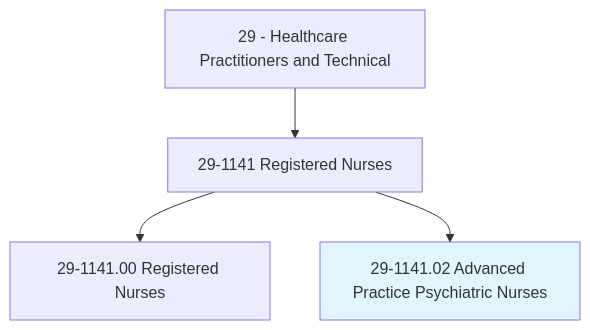
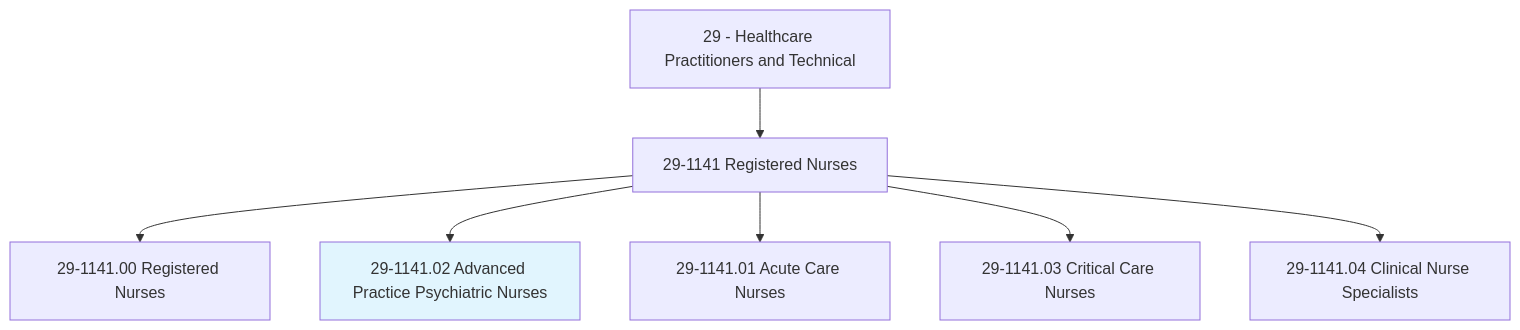
One commit to kziemski/business.org.ai changed the first of 4 diagrams in occupations/HealthcarePractitioners/AdvancedPracticePsychiatricNurses.mdx. Above: the diagram before and after it, drawn with Mermaid. The commit also changed other lines of this file and 938 other files, not shown here.

````diff
--- a/occupations/HealthcarePractitioners/AdvancedPracticePsychiatricNurses.mdx
+++ b/occupations/HealthcarePractitioners/AdvancedPracticePsychiatricNurses.mdx
@@ -19,7 +23,10 @@
 ```mermaid
 graph TD
     Cat29["29 - Healthcare Practitioners and Technical"] --> Group291141["29-1141 Registered Nurses"]
     Group291141 --> Base["29-1141.00 Registered Nurses"]
     Group291141 --> Current["29-1141.02 Advanced Practice Psychiatric Nurses"]
     style Current fill:#e1f5fe
+    Group291141 --> V01["29-1141.01 Acute Care Nurses"]
+    Group291141 --> V03["29-1141.03 Critical Care Nurses"]
+    Group291141 --> V04["29-1141.04 Clinical Nurse Specialists"]
 ```
````
